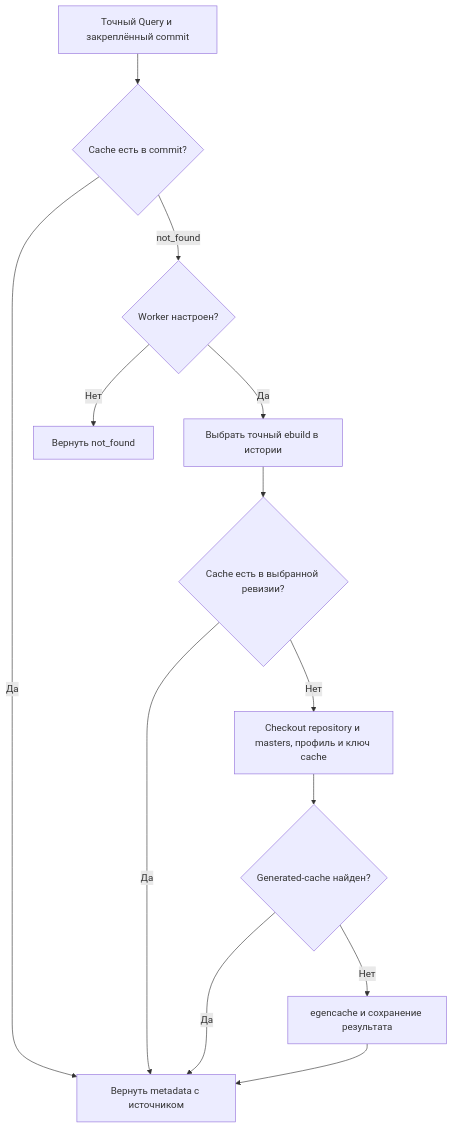
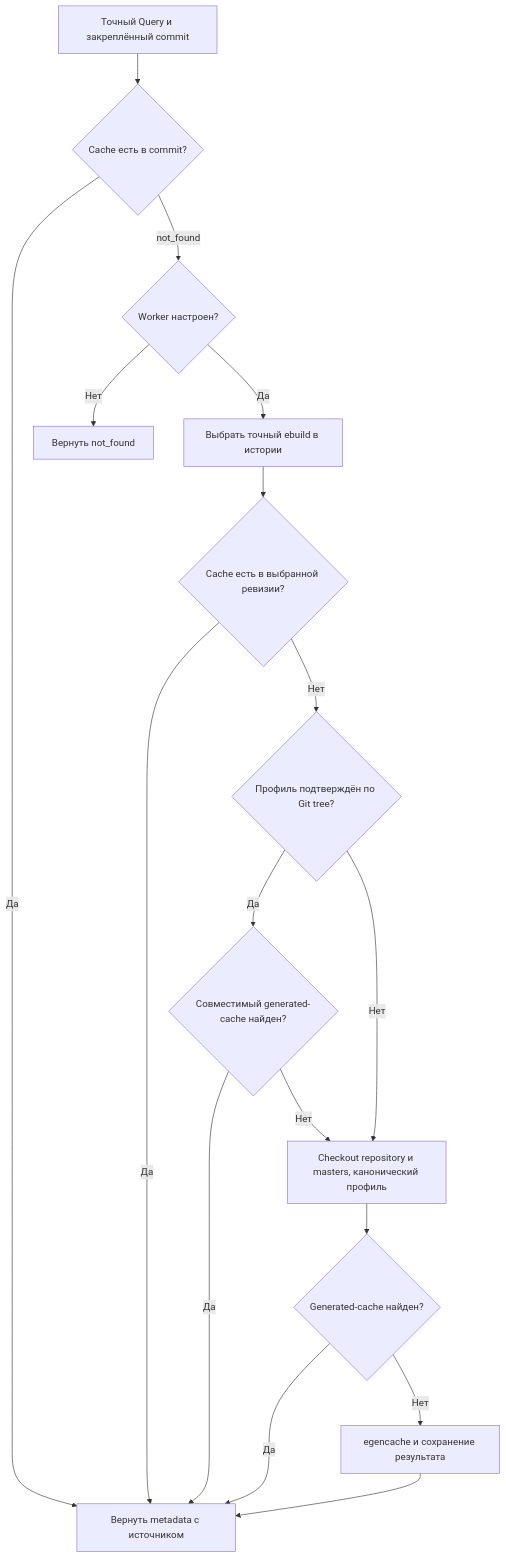
The diagram in docs/metadata-preparation.md (vovanbl411/gentoo-update-intelligence), drawn with Mermaid before and after one commit. The commit also changed other lines of this file and 60 other files, not shown here.

````diff
--- a/docs/metadata-preparation.md
+++ b/docs/metadata-preparation.md
@@ -54,15 +54,19 @@
 ```mermaid
 flowchart TD
     Start[Точный Query и закреплённый commit] --> Cache{Cache есть в commit?}
     Cache -->|Да| Result[Вернуть metadata с источником]
     Cache -->|not_found| Enabled{Worker настроен?}
     Enabled -->|Нет| Missing[Вернуть not_found]
     Enabled -->|Да| Resolve[Выбрать точный ebuild в истории]
     Resolve --> Historical{Cache есть в выбранной ревизии?}
     Historical -->|Да| Result
-    Historical -->|Нет| Checkout[Checkout repository и masters, профиль и ключ cache]
+    Historical -->|Нет| TreeProfile{Профиль подтверждён по Git tree?}
+    TreeProfile -->|Да| Early{Совместимый generated-cache найден?}
+    Early -->|Да| Result
+    Early -->|Нет| Checkout[Checkout repository и masters, канонический профиль]
+    TreeProfile -->|Нет| Checkout
     Checkout --> Stored{Generated-cache найден?}
     Stored -->|Да| Result
     Stored -->|Нет| Generate[egencache и сохранение результата]
     Generate --> Result
 ```
````
